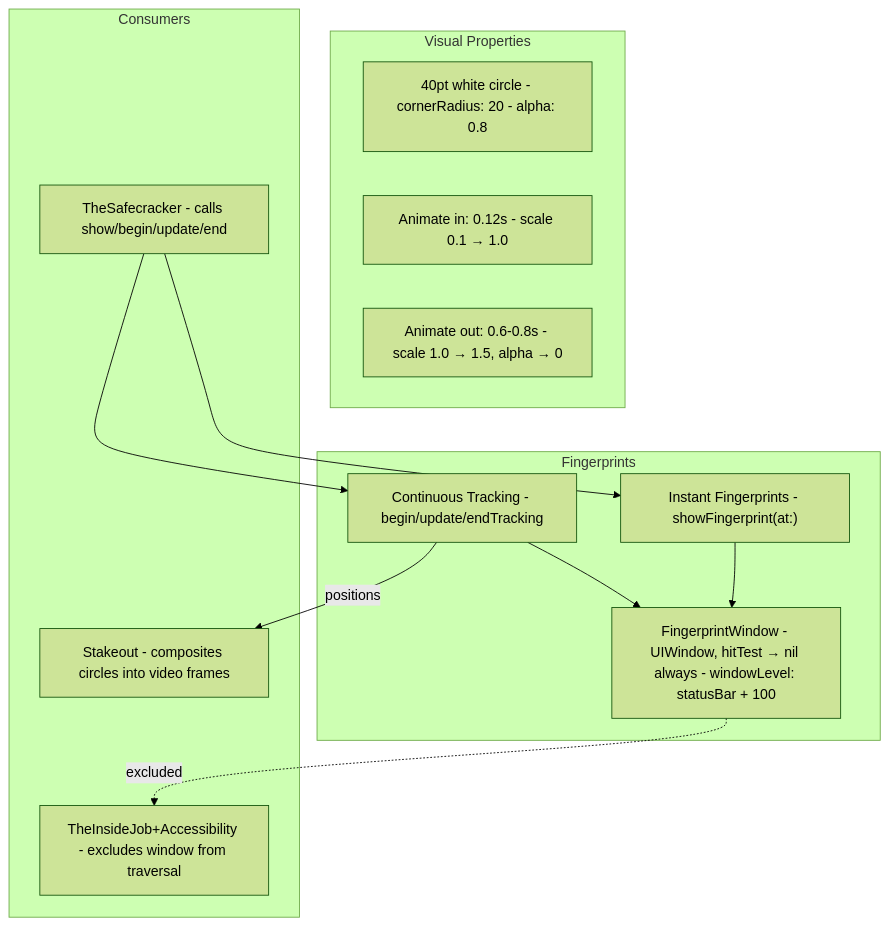
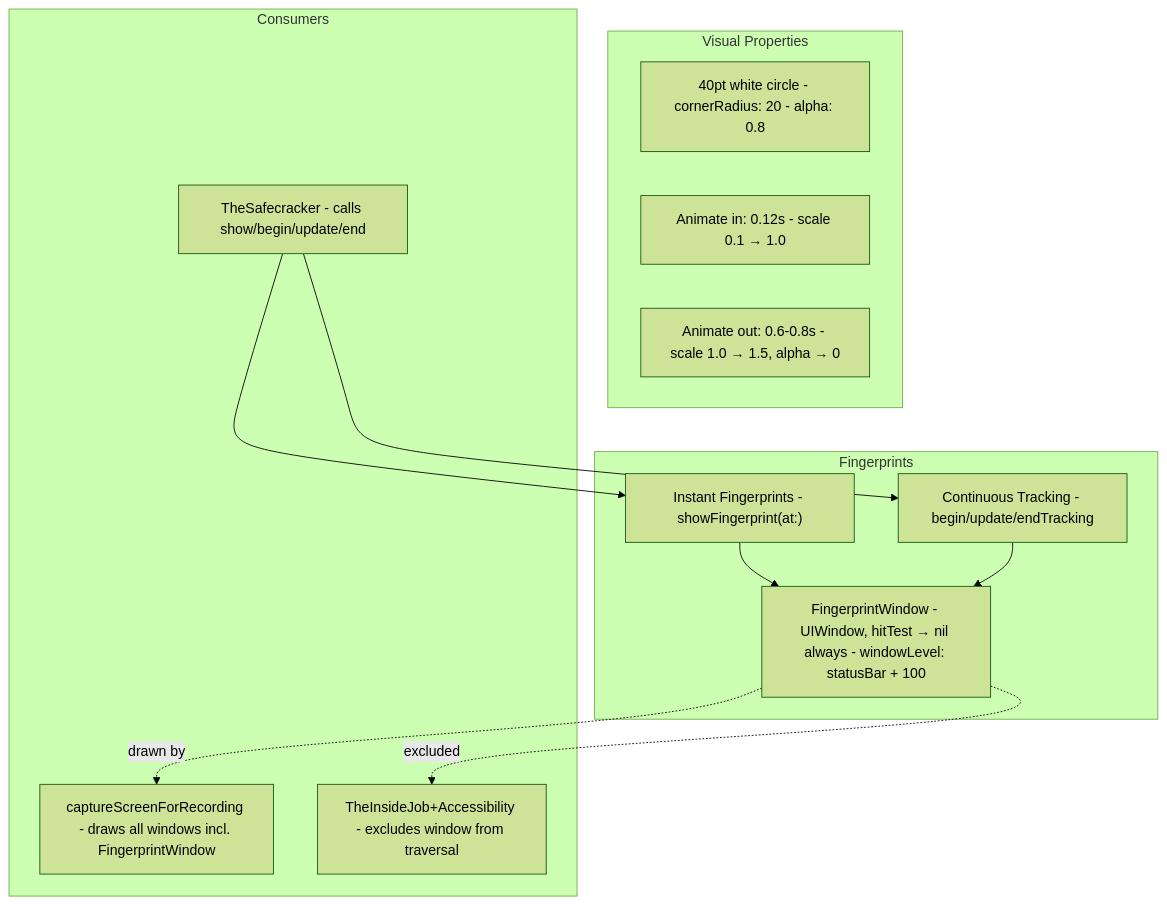
The first of 2 diagrams in docs/dossiers/03-THEFINGERPRINTS.md (RoyalPineapple/TheButtonHeist), drawn with Mermaid (forest theme) before and after one commit. The commit also changed other lines of this file and 5 other files, not shown here.

````diff
--- a/docs/dossiers/03-THEFINGERPRINTS.md
+++ b/docs/dossiers/03-THEFINGERPRINTS.md
@@ -19,27 +19,27 @@
 ```mermaid
 graph TD
     subgraph FingerprintSystem["Fingerprints"]
         Window["FingerprintWindow - UIWindow, hitTest → nil always - windowLevel: statusBar + 100"]
         InstantFP["Instant Fingerprints - showFingerprint(at:)"]
         TrackingFP["Continuous Tracking - begin/update/endTracking"]
     end
 
     subgraph Visual["Visual Properties"]
         Circle["40pt white circle - cornerRadius: 20 - alpha: 0.8"]
         AnimIn["Animate in: 0.12s - scale 0.1 → 1.0"]
         AnimOut["Animate out: 0.6-0.8s - scale 1.0 → 1.5, alpha → 0"]
     end
 
     subgraph Consumers["Consumers"]
         Safecracker["TheSafecracker - calls show/begin/update/end"]
-        StakeoutComp["Stakeout - composites circles into video frames"]
+        Capture["captureScreenForRecording - draws all windows incl. FingerprintWindow"]
         Hierarchy["TheInsideJob+Accessibility - excludes window from traversal"]
     end
 
     Safecracker --> InstantFP
     Safecracker --> TrackingFP
     InstantFP --> Window
     TrackingFP --> Window
-    TrackingFP -->|positions| StakeoutComp
+    Window -.->|drawn by| Capture
     Window -.->|excluded| Hierarchy
 ```
````
